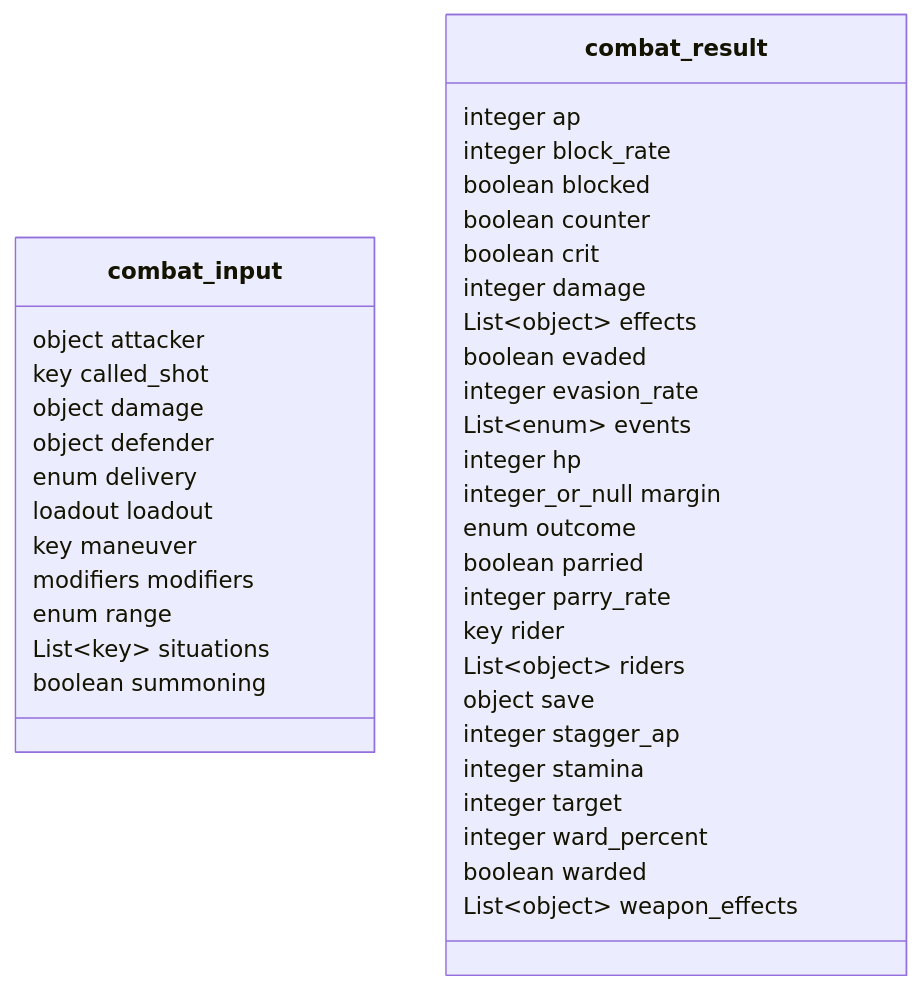
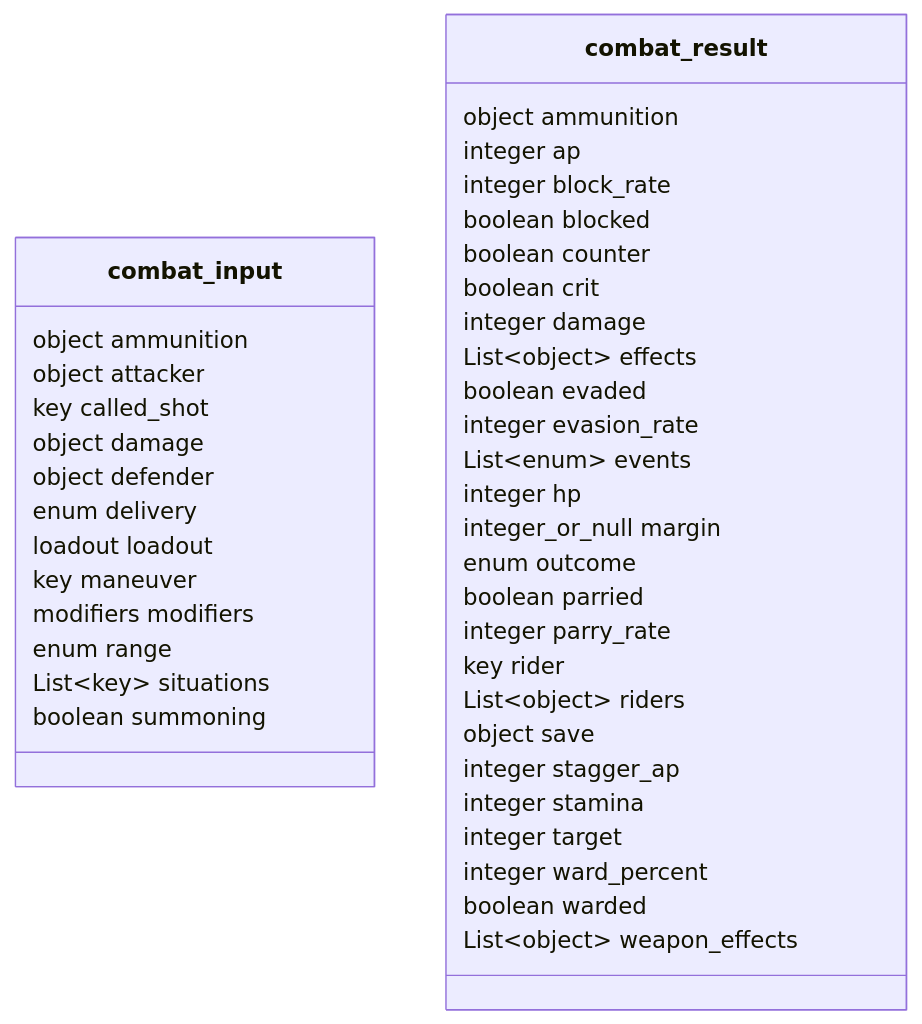
Before and after one commit to SETA1609/riftweave-core: the ninth of 31 diagrams in docs/backend/contract-diagram.md, drawn with Mermaid. The commit also changed other lines of this file and 7 other files, not shown here.

First line of the commit message:
GD_S17_02 Schema: the ammunition kinds, weapon.ammo, ammunition rows, recovery, and the contracts

````diff
--- a/docs/backend/contract-diagram.md
+++ b/docs/backend/contract-diagram.md
@@ -305,42 +321,44 @@
 ```mermaid
 classDiagram
     class combat_input {
+        object ammunition
         object attacker
         key called_shot
         object damage
         object defender
         enum delivery
         loadout loadout
         key maneuver
         modifiers modifiers
         enum range
         List~key~ situations
         boolean summoning
     }
     class combat_result {
+        object ammunition
         integer ap
         integer block_rate
         boolean blocked
         boolean counter
         boolean crit
         integer damage
         List~object~ effects
         boolean evaded
         integer evasion_rate
         List~enum~ events
         integer hp
         integer_or_null margin
         enum outcome
         boolean parried
         integer parry_rate
         key rider
         List~object~ riders
         object save
         integer stagger_ap
         integer stamina
         integer target
         integer ward_percent
         boolean warded
         List~object~ weapon_effects
     }
 ```
````
